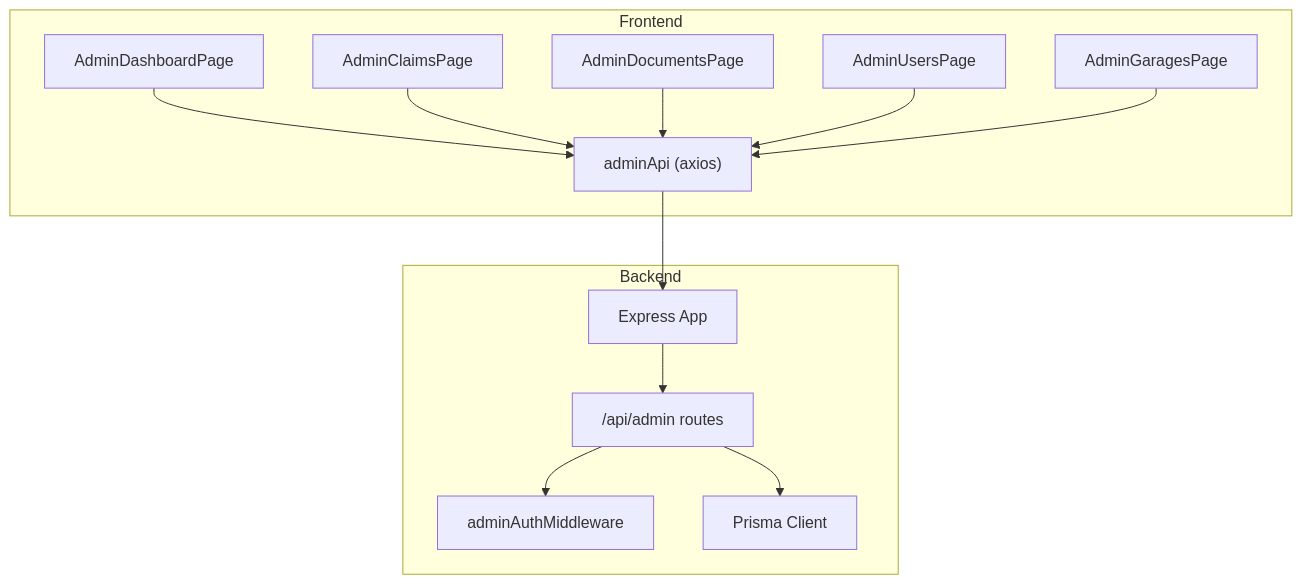
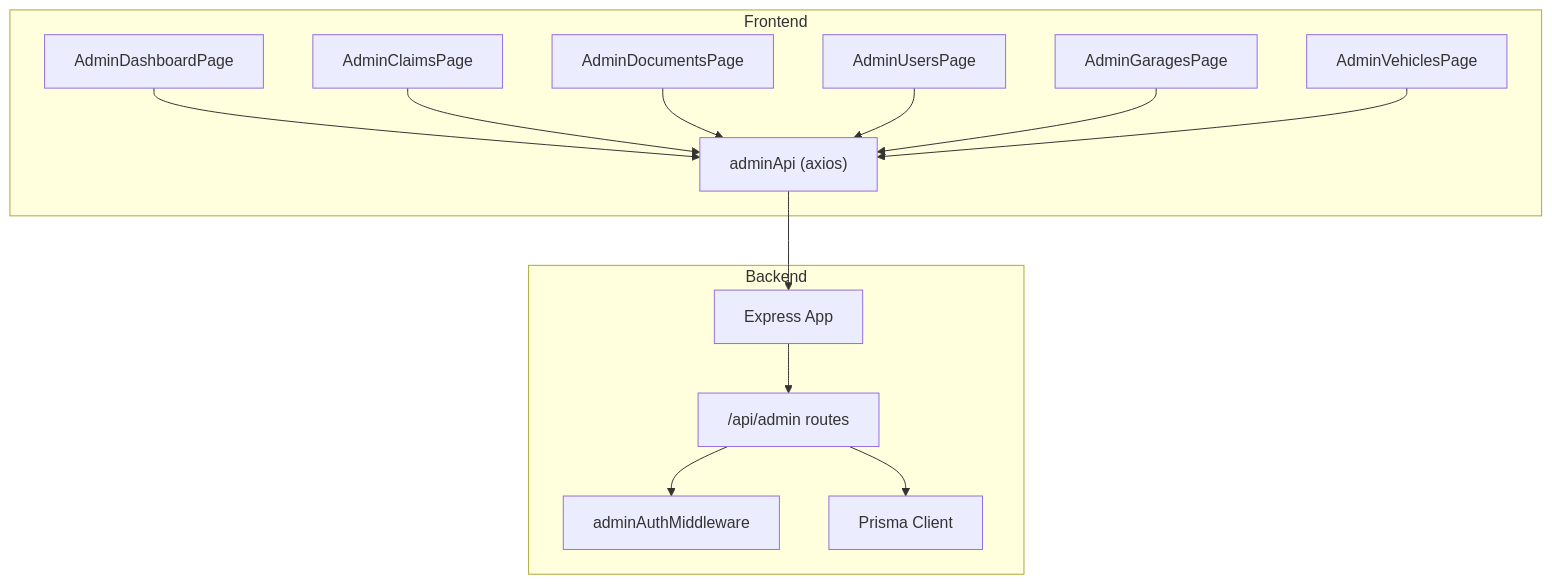
The first of 12 diagrams in .qoder/repowiki/en/content/Backend Documentation/API Endpoints Reference/Administrative Endpoints.md (NaveenHiranya/Smart-Vehicle-Insurance-Claim-System), drawn with Mermaid before and after one commit. The commit also changed other lines of this file and 45 other files, not shown here.

````diff
--- a/.qoder/repowiki/en/content/Backend Documentation/API Endpoints Reference/Administrative Endpoints.md
+++ b/.qoder/repowiki/en/content/Backend Documentation/API Endpoints Reference/Administrative Endpoints.md
@@ -43,26 +45,28 @@
 ```mermaid
 graph TB
 subgraph "Frontend"
 ADP["AdminDashboardPage"]
 ACP["AdminClaimsPage"]
 ADocP["AdminDocumentsPage"]
 AUsrP["AdminUsersPage"]
 AGarP["AdminGaragesPage"]
+AVehP["AdminVehiclesPage"]
 AdminAPI["adminApi (axios)"]
 end
 subgraph "Backend"
 App["Express App"]
 AdminRoutes["/api/admin routes"]
 AdminAuth["adminAuthMiddleware"]
 Prisma["Prisma Client"]
 end
 ADP --> AdminAPI
 ACP --> AdminAPI
 ADocP --> AdminAPI
 AUsrP --> AdminAPI
 AGarP --> AdminAPI
+AVehP --> AdminAPI
 AdminAPI --> App
 App --> AdminRoutes
 AdminRoutes --> AdminAuth
 AdminRoutes --> Prisma
 ```
````
